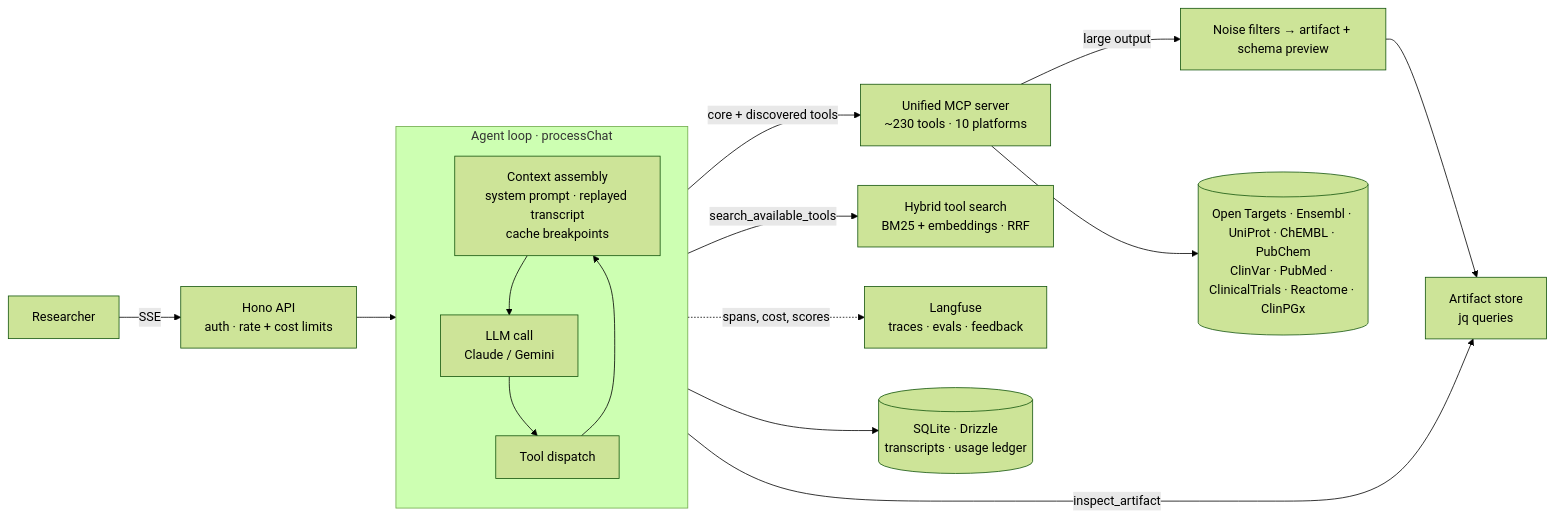
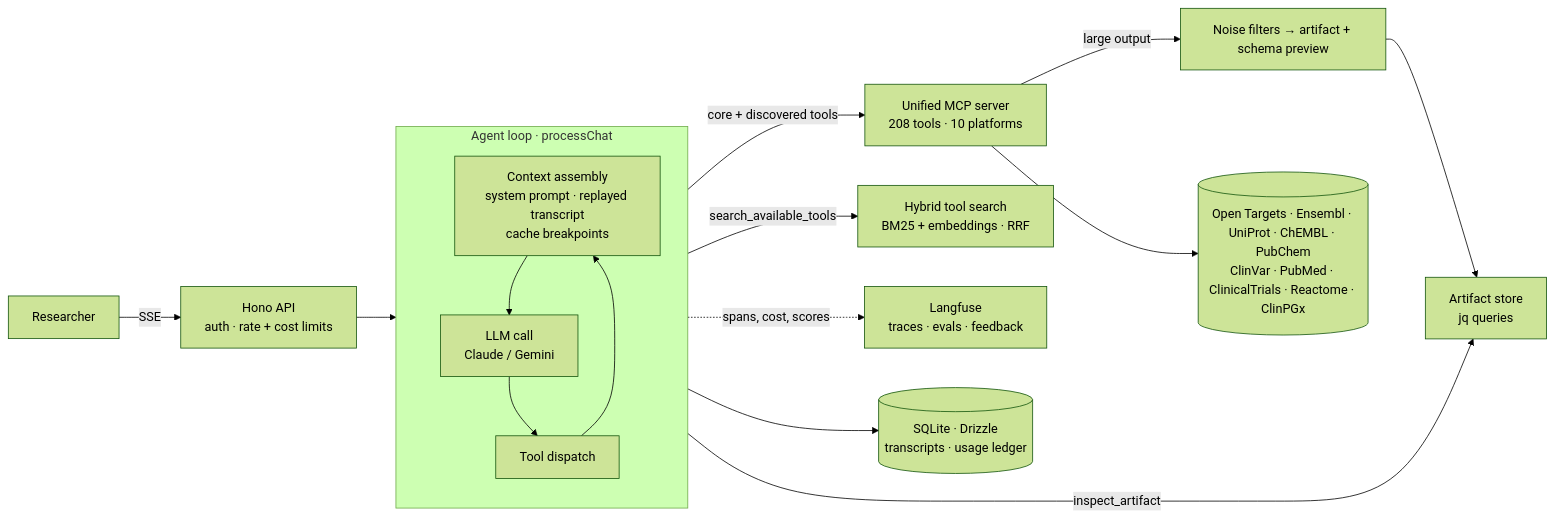
One commit to harshk242/burp changed the diagram in README.md. Above: the diagram before and after it, drawn with Mermaid (forest theme). The commit also changed other lines of this file and 3 other files, not shown here.

````diff
--- a/README.md
+++ b/README.md
@@ -30,24 +30,24 @@
 ```mermaid
 flowchart LR
     U[Researcher] -->|SSE| API[Hono API<br/>auth · rate + cost limits]
     API --> LOOP
 
     subgraph LOOP[Agent loop · processChat]
         direction TB
         CTX[Context assembly<br/>system prompt · replayed transcript<br/>cache breakpoints]
         LLM[LLM call<br/>Claude / Gemini]
         DISP[Tool dispatch]
         CTX --> LLM --> DISP --> CTX
     end
 
-    DISP -->|core + discovered tools| MCP[Unified MCP server<br/>~230 tools · 10 platforms]
+    DISP -->|core + discovered tools| MCP[Unified MCP server<br/>208 tools · 10 platforms]
     DISP -->|search_available_tools| HS[Hybrid tool search<br/>BM25 + embeddings · RRF]
     DISP -->|inspect_artifact| ART[Artifact store<br/>jq queries]
     MCP -->|large output| LO[Noise filters → artifact + schema preview]
     LO --> ART
 
     MCP --> EXT[(Open Targets · Ensembl · UniProt · ChEMBL · PubChem<br/>ClinVar · PubMed · ClinicalTrials · Reactome · ClinPGx)]
 
     LOOP -. spans, cost, scores .-> LF[Langfuse<br/>traces · evals · feedback]
     LOOP --> DB[(SQLite · Drizzle<br/>transcripts · usage ledger)]
 ```
````
